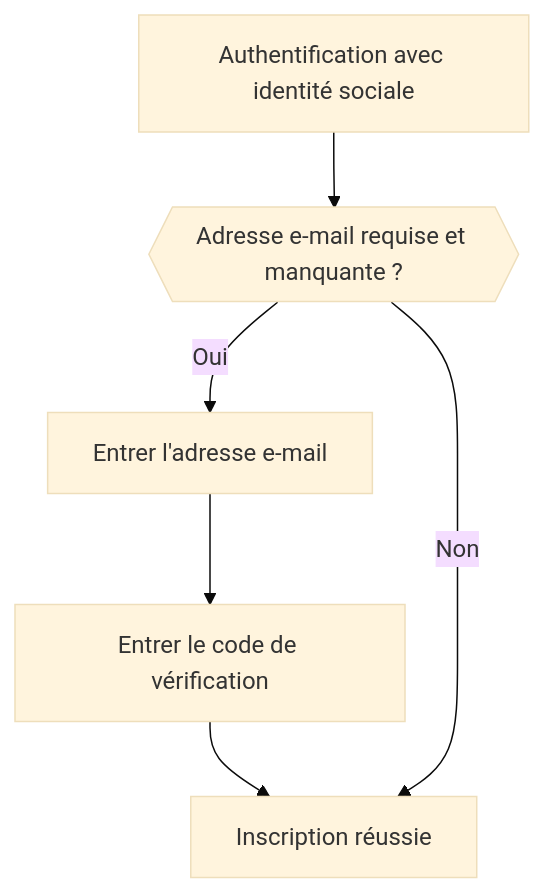
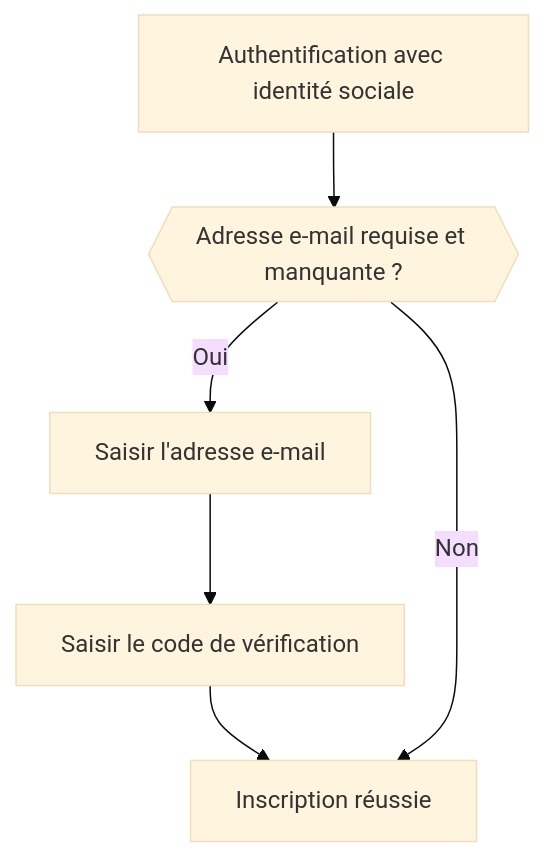
The fourth of 5 diagrams in i18n/fr/docusaurus-plugin-content-docs/current/end-user-flows/sign-up-and-sign-in/social-sign-in.mdx (logto-io/docs), drawn with Mermaid (base theme) before and after one commit. The commit also changed other lines of this file and 234 other files, not shown here.

````diff
--- a/i18n/fr/docusaurus-plugin-content-docs/current/end-user-flows/sign-up-and-sign-in/social-sign-in.mdx
+++ b/i18n/fr/docusaurus-plugin-content-docs/current/end-user-flows/sign-up-and-sign-in/social-sign-in.mdx
@@ -136,8 +136,8 @@
    ```mermaid
    flowchart TD
       A[Authentification avec identité sociale] --> B{{Adresse e-mail requise et manquante ?}}
-      B -- Oui --> C[Entrer l'adresse e-mail]
-      C --> D[Entrer le code de vérification]
+      B -- Oui --> C[Saisir l'adresse e-mail]
+      C --> D[Saisir le code de vérification]
       D --> E[Inscription réussie]
       B -- Non --> E
    ```
````
